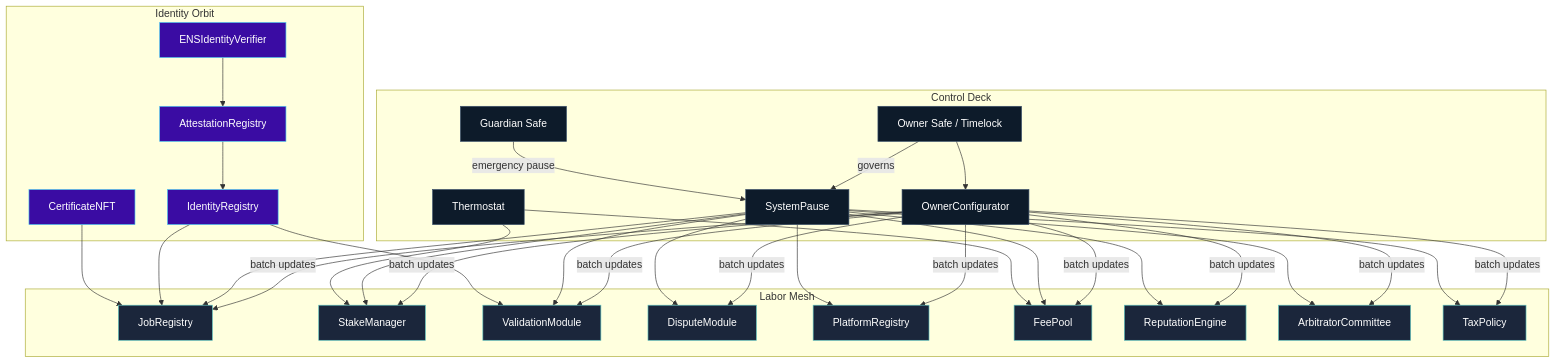
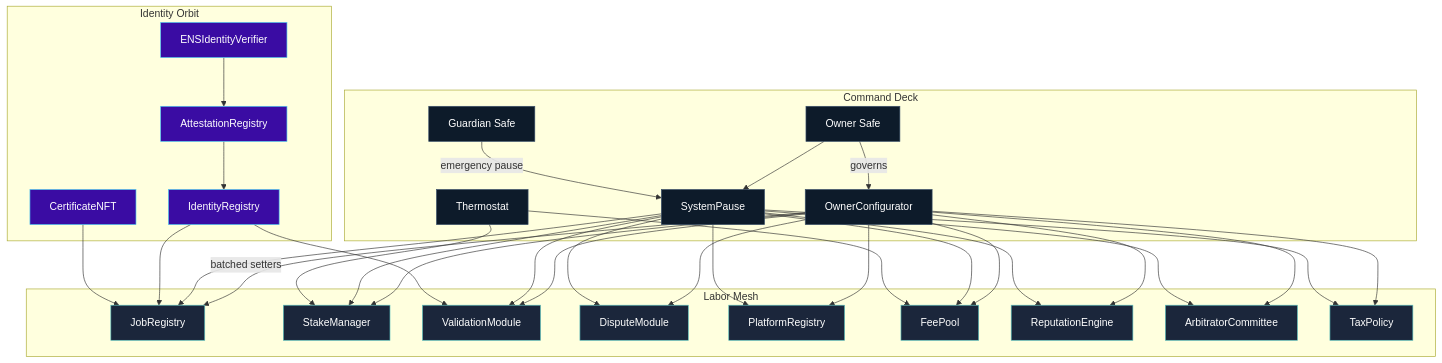
Before and after one commit to MontrealAI/agijobs-sovereign-labor-v0p1: the first of 5 diagrams in README.md, drawn with Mermaid. The commit also changed other lines of this file, not shown here.

Commit message:
Refresh README with updated architecture and CI guidance

````diff
--- a/README.md
+++ b/README.md
@@ -42,45 +38,46 @@
 ```mermaid
 flowchart TB
-    subgraph "Control Deck"
-        owner["Owner Safe / Timelock"]
+    subgraph "Command Deck"
+        owner["Owner Safe"]
         guardian["Guardian Safe"]
+        configurator["OwnerConfigurator"]
         pause["SystemPause"]
-        configurator["OwnerConfigurator"]
         thermo["Thermostat"]
     end
     subgraph "Labor Mesh"
         job["JobRegistry"]
         stake["StakeManager"]
         validate["ValidationModule"]
         dispute["DisputeModule"]
         platform["PlatformRegistry"]
         fee["FeePool"]
         rep["ReputationEngine"]
         arb["ArbitratorCommittee"]
         tax["TaxPolicy"]
     end
     subgraph "Identity Orbit"
         id["IdentityRegistry"]
         att["AttestationRegistry"]
         cert["CertificateNFT"]
         ens["ENSIdentityVerifier"]
     end
-    owner -->|governs| pause
-    owner --> configurator
+    owner -->|governs| configurator
+    configurator -->|batched setters| job
+    configurator --> stake & validate & dispute & platform & fee & rep & arb & tax
+    owner --> pause
     guardian -->|emergency pause| pause
-    configurator -->|batch updates| job & stake & validate & dispute & platform & fee & rep & arb & tax
     pause --> job & stake & validate & dispute & platform & fee & rep & arb & tax
     thermo --> stake
     thermo --> fee
     id --> job
     id --> validate
     att --> id
     cert --> job
     ens --> att
     classDef deck fill:#0d1b2a,stroke:#3a506b,color:#fff;
     classDef mesh fill:#1b263b,stroke:#5bc0be,color:#fff;
     classDef orbit fill:#3a0ca3,stroke:#4cc9f0,color:#fff;
-    class owner,guardian,pause,configurator,thermo deck;
+    class owner,guardian,configurator,pause,thermo deck;
     class job,stake,validate,dispute,platform,fee,rep,arb,tax mesh;
     class id,att,cert,ens orbit;
 ```
````
